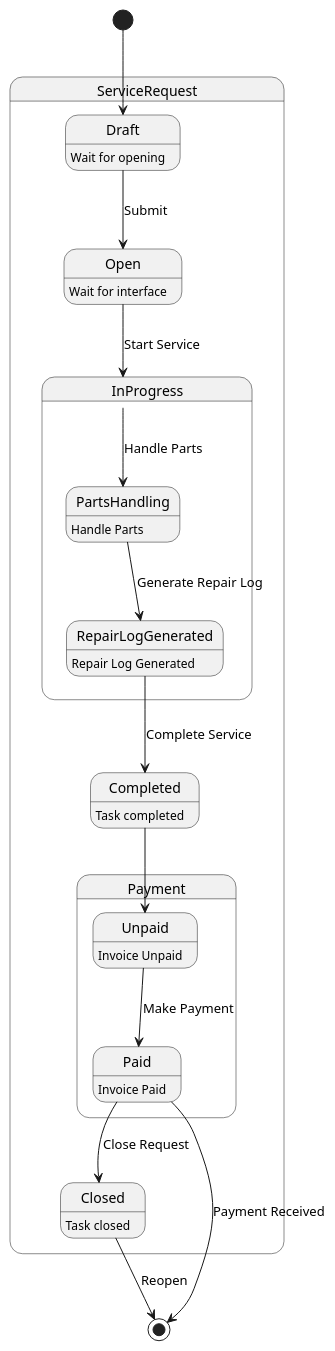
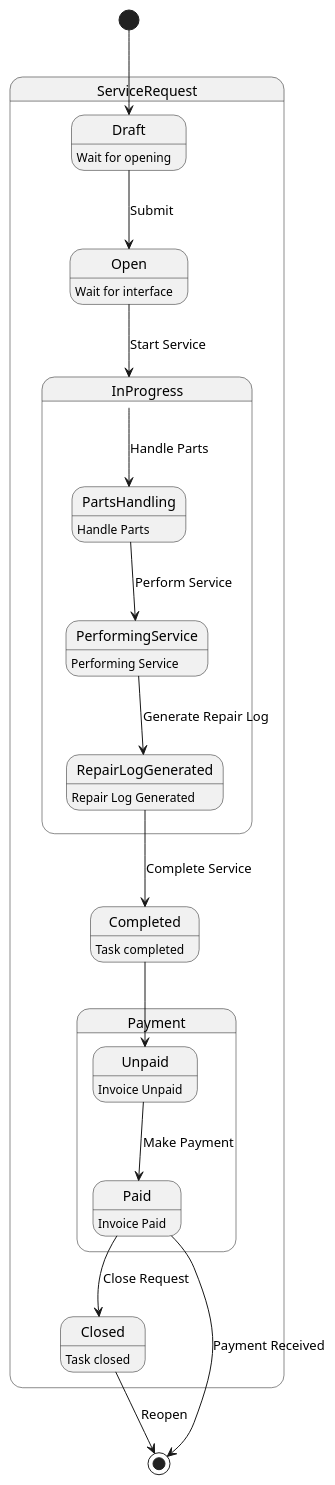
The diagram in umlDiagrams/computer_service_state_diagram.plantuml (Fluorky/Computer-Service-Django-Api), drawn with PlantUML before and after one commit. The commit also changed 4 other files, not shown here.

Commit message:
Update plantuml diagrams

```diff
--- a/umlDiagrams/computer_service_state_diagram.plantuml
+++ b/umlDiagrams/computer_service_state_diagram.plantuml
@@ -1,32 +1,34 @@
 @startuml
 
 state ServiceRequest {
   state Draft : Wait for opening
   state Open : Wait for interface 
   state Payment {
     Unpaid: Invoice Unpaid
     Paid : Invoice Paid
   }
   state InProgress {
   PartsHandling : Handle Parts
+  PerformingService : Performing Service
   RepairLogGenerated : Repair Log Generated
   }
   state Completed : Task completed
   
   state Closed : Task closed
 }
 
 [*] --> Draft
 Draft --> Open: Submit
 Open --> InProgress: Start Service
 InProgress --> PartsHandling: Handle Parts
-PartsHandling --> RepairLogGenerated: Generate Repair Log
+PartsHandling --> PerformingService: Perform Service
+PerformingService --> RepairLogGenerated: Generate Repair Log
 RepairLogGenerated --> Completed: Complete Service
 Completed --> Unpaid
 Paid --> Closed: Close Request
 Closed --> [*]: Reopen
 
 Unpaid --> Paid: Make Payment
 Paid --> [*]: Payment Received
 
 @enduml
```
